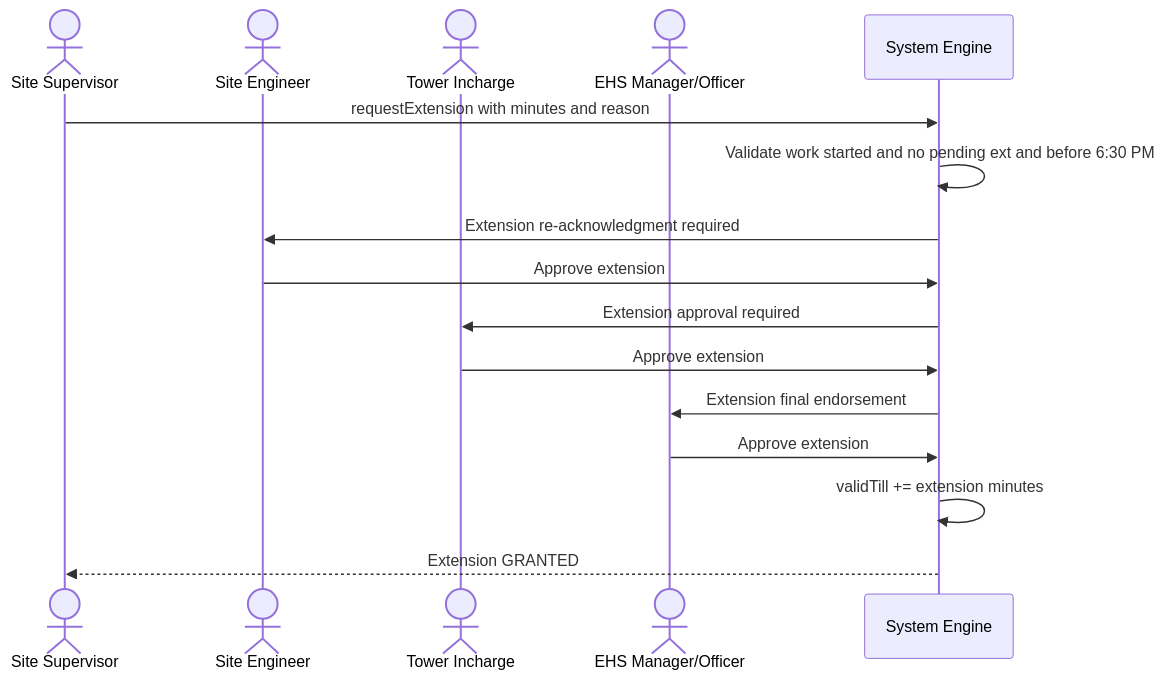
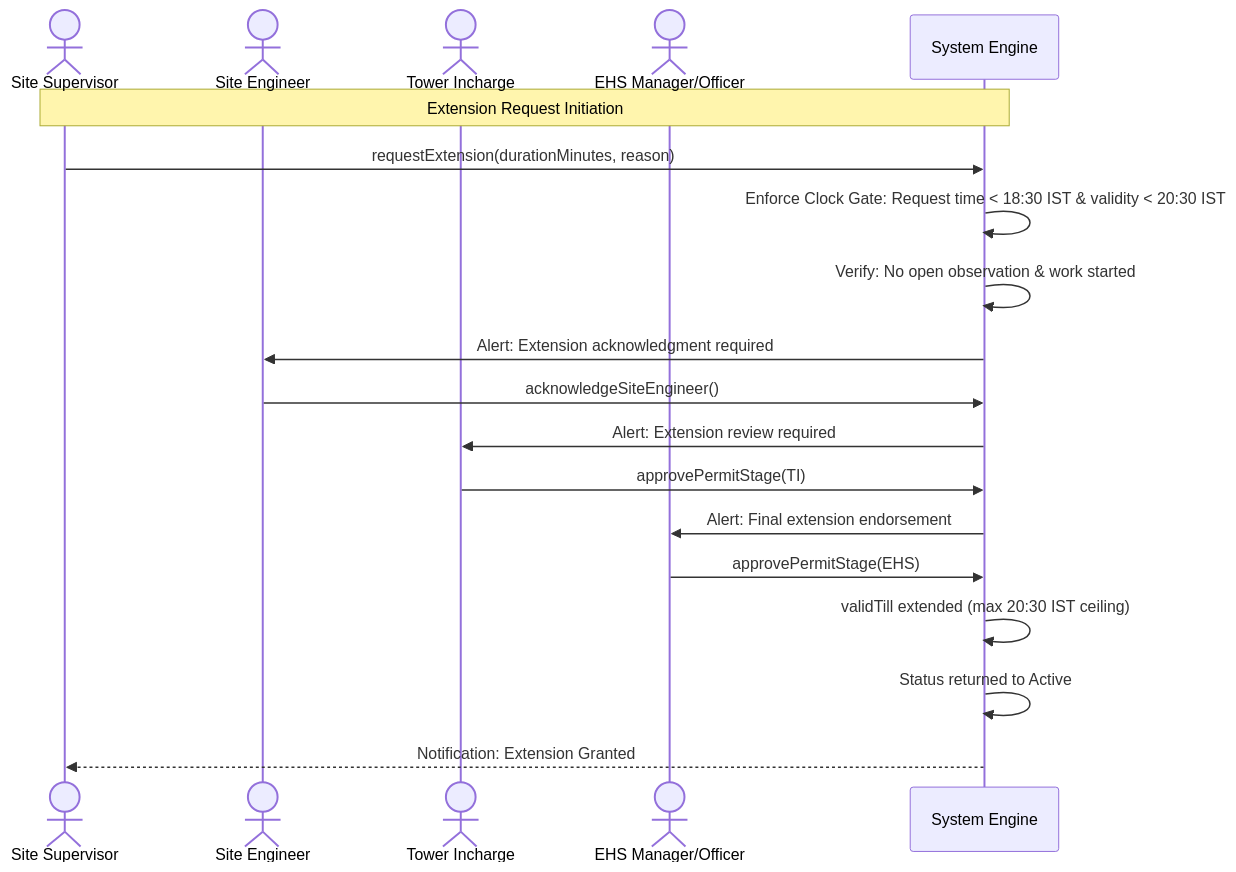
Diagram 16 of 25 in README.md (AuroGroupAutomationBot/ARPL-EHS-Demo), drawn with Mermaid before and after one commit. The commit also changed other lines of this file, not shown here.

````diff
--- a/README.md
+++ b/README.md
@@ -550,22 +1163,25 @@
 ```mermaid
 sequenceDiagram
     actor SS as Site Supervisor
     actor SE as Site Engineer
     actor TI as Tower Incharge
     actor EHS as EHS Manager/Officer
     participant SYS as System Engine
 
-    SS->>SYS: requestExtension with minutes and reason
-    SYS->>SYS: Validate work started and no pending ext and before 6:30 PM
-    SYS->>SE: Extension re-acknowledgment required
+    Note over SS,SYS: Extension Request Initiation
+    SS->>SYS: requestExtension(durationMinutes, reason)
+    SYS->>SYS: Enforce Clock Gate: Request time < 18:30 IST & validity < 20:30 IST
+    SYS->>SYS: Verify: No open observation & work started
+    SYS->>SE: Alert: Extension acknowledgment required
 
-    SE->>SYS: Approve extension
-    SYS->>TI: Extension approval required
+    SE->>SYS: acknowledgeSiteEngineer()
+    SYS->>TI: Alert: Extension review required
 
-    TI->>SYS: Approve extension
-    SYS->>EHS: Extension final endorsement
+    TI->>SYS: approvePermitStage(TI)
+    SYS->>EHS: Alert: Final extension endorsement
 
-    EHS->>SYS: Approve extension
-    SYS->>SYS: validTill += extension minutes
-    SYS-->>SS: Extension GRANTED
+    EHS->>SYS: approvePermitStage(EHS)
+    SYS->>SYS: validTill extended (max 20:30 IST ceiling)
+    SYS->>SYS: Status returned to Active
+    SYS-->>SS: Notification: Extension Granted
 ```
````
